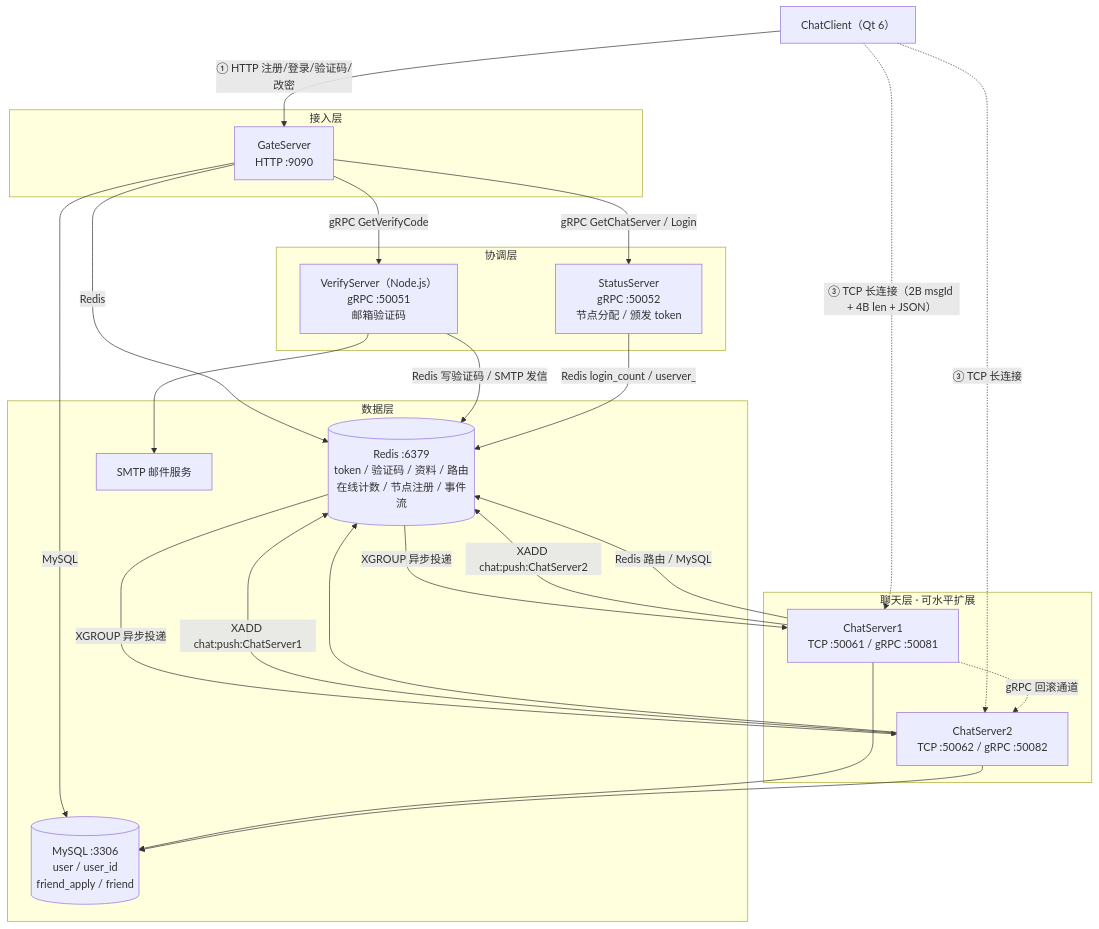
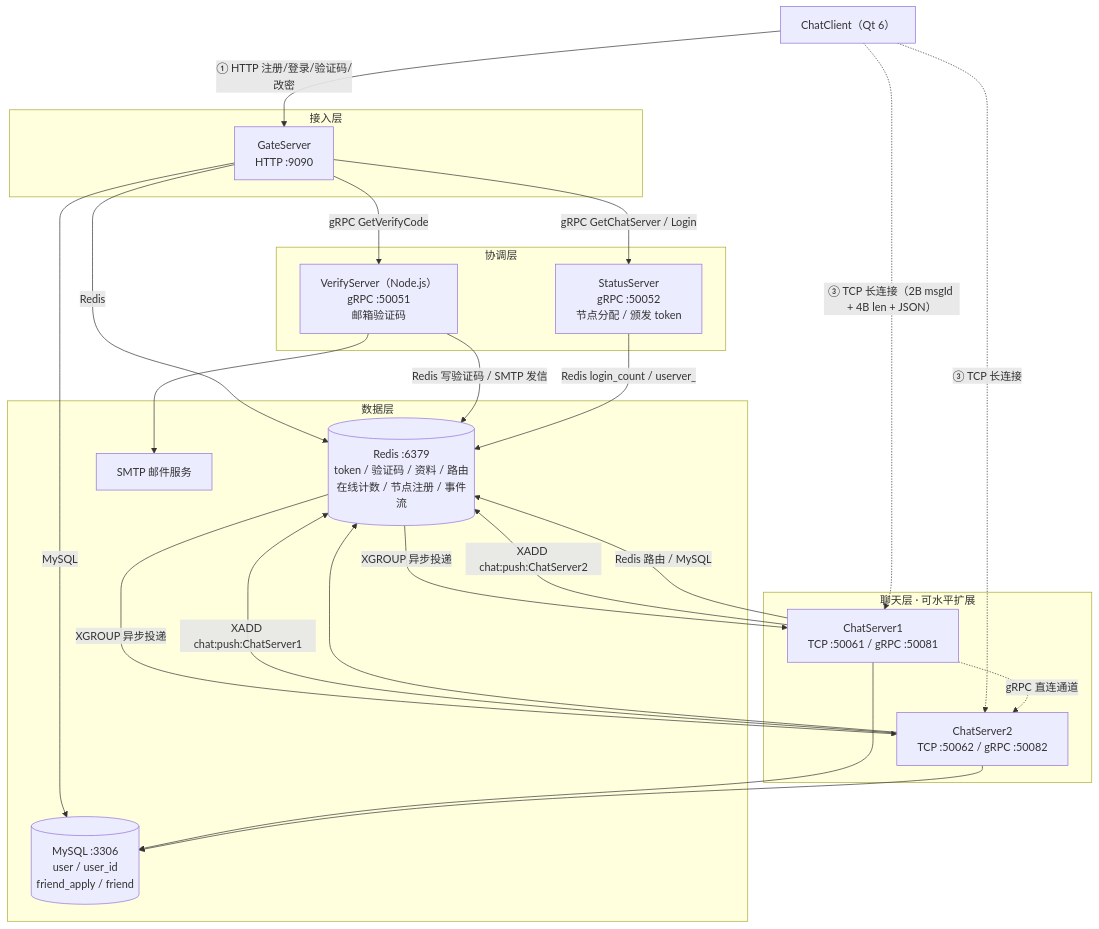
The first of 2 diagrams in README.md (codeT2001/MyChat), drawn with Mermaid before and after one commit. The commit also changed other lines of this file and 6 other files, not shown here.

````diff
--- a/README.md
+++ b/README.md
@@ -77,48 +77,48 @@
 ```mermaid
 graph TB
     Client["ChatClient（Qt 6）"]
 
     subgraph access["接入层"]
         Gate["GateServer<br/>HTTP :9090"]
     end
 
     subgraph coord["协调层"]
         Status["StatusServer<br/>gRPC :50052<br/>节点分配 / 颁发 token"]
         Verify["VerifyServer（Node.js）<br/>gRPC :50051<br/>邮箱验证码"]
     end
 
     subgraph chat["聊天层 · 可水平扩展"]
         Chat1["ChatServer1<br/>TCP :50061 / gRPC :50081"]
         Chat2["ChatServer2<br/>TCP :50062 / gRPC :50082"]
     end
 
     subgraph data["数据层"]
         Redis[("Redis :6379<br/>token / 验证码 / 资料 / 路由<br/>在线计数 / 节点注册 / 事件流")]
         MySQL[("MySQL :3306<br/>user / user_id<br/>friend_apply / friend")]
         Mail["SMTP 邮件服务"]
     end
 
     Client -- "① HTTP 注册/登录/验证码/改密" --> Gate
     Client -. "③ TCP 长连接（2B msgId + 4B len + JSON）" .-> Chat1
     Client -. "③ TCP 长连接" .-> Chat2
 
     Gate -- "gRPC GetVerifyCode" --> Verify
     Gate -- "gRPC GetChatServer / Login" --> Status
     Gate -- "MySQL" --> MySQL
     Gate -- "Redis" --> Redis
 
     Verify -- "Redis 写验证码 / SMTP 发信" --> Redis
     Verify --> Mail
 
     Status -- "Redis login_count / userver_" --> Redis
 
     Chat1 -- "XADD chat:push:ChatServer2" --> Redis
     Chat2 -- "XADD chat:push:ChatServer1" --> Redis
     Redis -- "XGROUP 异步投递" --> Chat1
     Redis -- "XGROUP 异步投递" --> Chat2
-    Chat1 -.->|"gRPC 回滚通道"| Chat2
+    Chat1 -.->|"gRPC 直连通道"| Chat2
     Chat1 -- "Redis 路由 / MySQL" --> Redis
     Chat1 --> MySQL
     Chat2 --> Redis
     Chat2 --> MySQL
 ```
````
